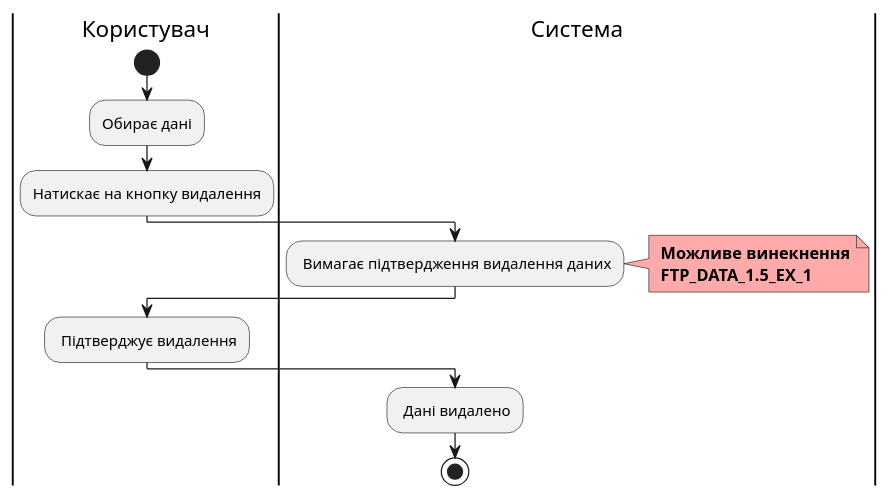
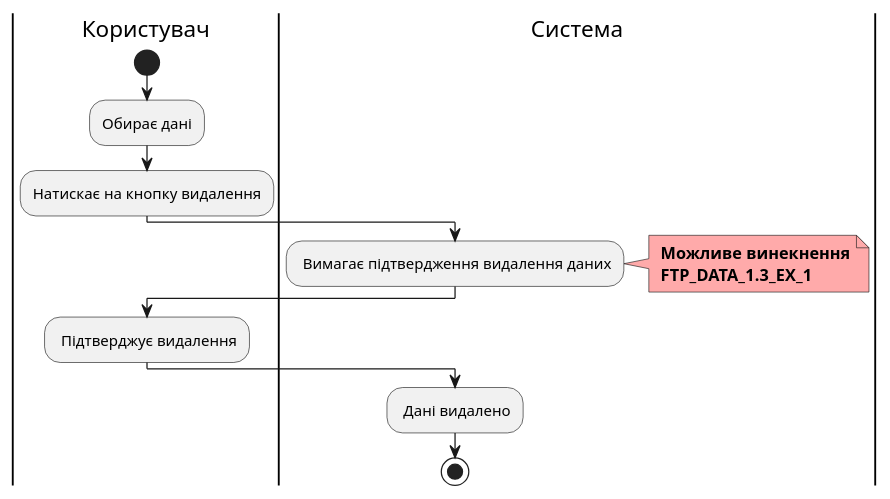
Diagram 11 of 16 in docs/use cases/README.md (Fastroof/fastroof_team_project), drawn with PlantUML before and after one commit. The commit also changed other lines of this file and 1 other file, not shown here.

```diff
--- a/docs/use cases/README.md
+++ b/docs/use cases/README.md
@@ -399,18 +441,18 @@
 @startuml
 
     |Користувач|
     start
     :Обирає дані;
     :Натискає на кнопку видалення;
     |Система|
     : Вимагає підтвердження видалення даних;
     note right #ffaaaa
     <b> Можливе винекнення
-    <b> FTP_DATA_1.5_EX_1
+    <b> FTP_DATA_1.3_EX_1
     end note
     |Користувач|
     : Підтверджує видалення;
     |Система|
     : Дані видалено;
     stop;
 @enduml
```
